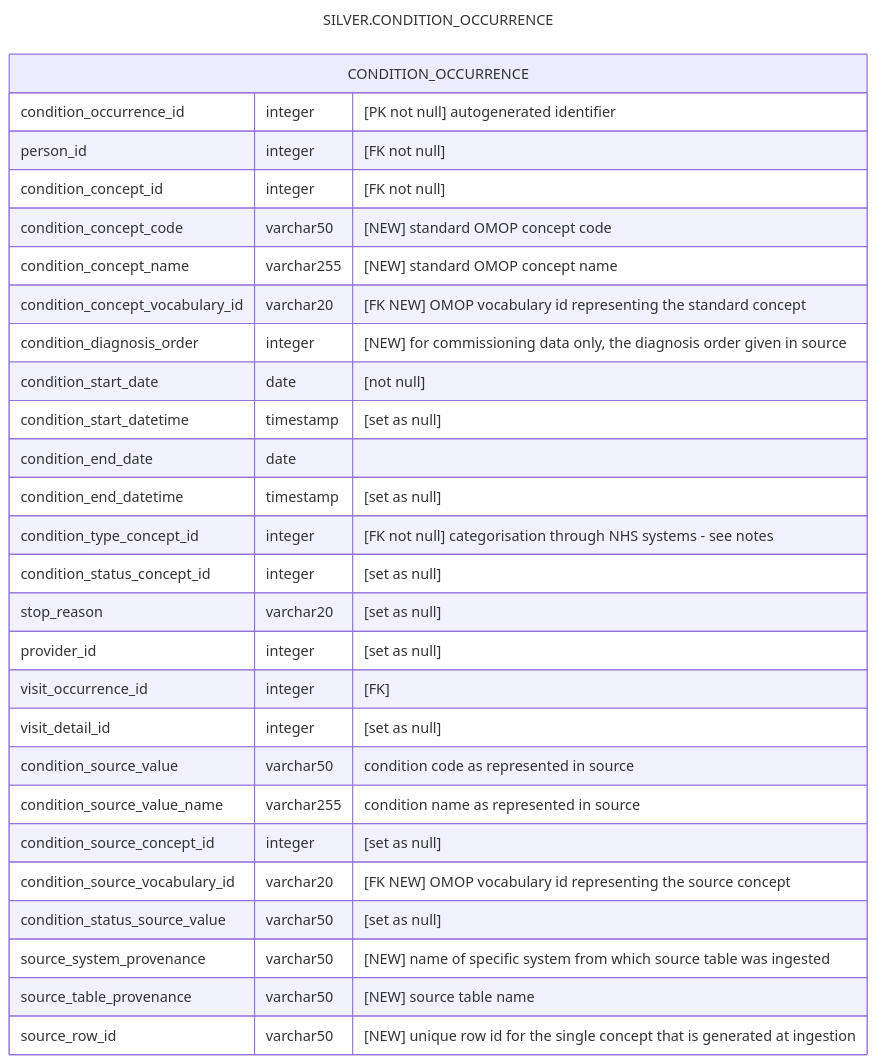
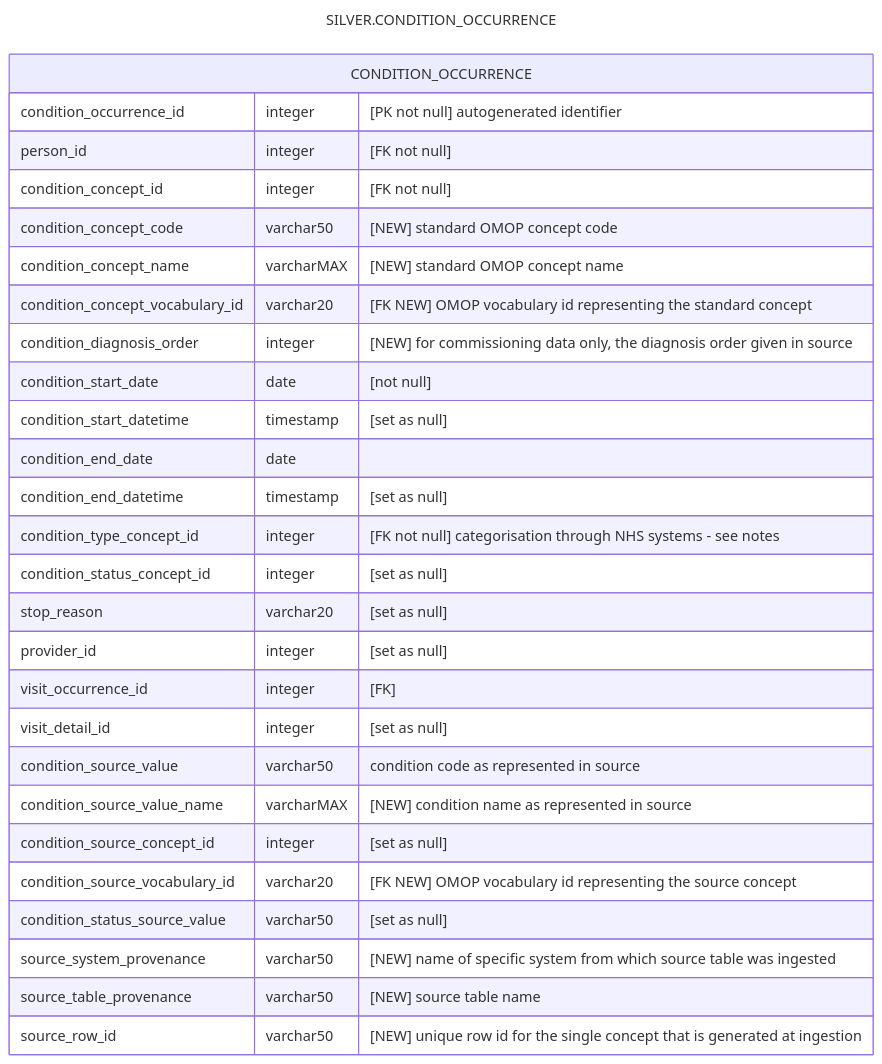
Before and after one commit to d3london/sde_aic_external_docs: the second of 2 diagrams in pages/data_model/cdm_condition_occurrence.qmd, drawn with Mermaid. The commit also changed other lines of this file and 9 other files, not shown here.

````diff
--- a/pages/data_model/cdm_condition_occurrence.qmd
+++ b/pages/data_model/cdm_condition_occurrence.qmd
@@ -41,33 +41,33 @@
 ```{mermaid}
 ---
 title: SILVER.CONDITION_OCCURRENCE
 ---
 erDiagram
     CONDITION_OCCURRENCE {
         condition_occurrence_id integer "[PK not null] autogenerated identifier"
         person_id integer "[FK not null]"
         condition_concept_id integer "[FK not null]"
         condition_concept_code varchar50 "[NEW] standard OMOP concept code"
-        condition_concept_name varchar255 "[NEW] standard OMOP concept name"
+        condition_concept_name varcharMAX "[NEW] standard OMOP concept name"
         condition_concept_vocabulary_id varchar20 "[FK NEW] OMOP vocabulary id representing the standard concept"
         condition_diagnosis_order integer "[NEW] for commissioning data only, the diagnosis order given in source"
         condition_start_date date "[not null]"
         condition_start_datetime timestamp "[set as null]"
         condition_end_date date
         condition_end_datetime timestamp "[set as null]"
         condition_type_concept_id integer "[FK not null] categorisation through NHS systems - see notes"
         condition_status_concept_id integer "[set as null]"
         stop_reason varchar20 "[set as null]"
         provider_id integer "[set as null]"
         visit_occurrence_id integer "[FK]"
         visit_detail_id integer "[set as null]"      
         condition_source_value varchar50 "condition code as represented in source"
-        condition_source_value_name varchar255 "condition name as represented in source"
+        condition_source_value_name varcharMAX "[NEW] condition name as represented in source"
         condition_source_concept_id integer "[set as null]"          
         condition_source_vocabulary_id varchar20 "[FK NEW] OMOP vocabulary id representing the source concept"
         condition_status_source_value varchar50 "[set as null]"
         source_system_provenance varchar50 "[NEW] name of specific system from which source table was ingested"
         source_table_provenance varchar50 "[NEW] source table name"
         source_row_id varchar50 "[NEW] unique row id for the single concept that is generated at ingestion"
     }
 ```
````
